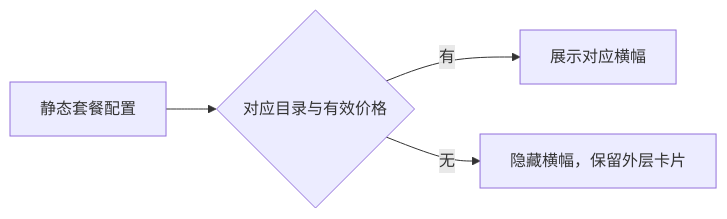
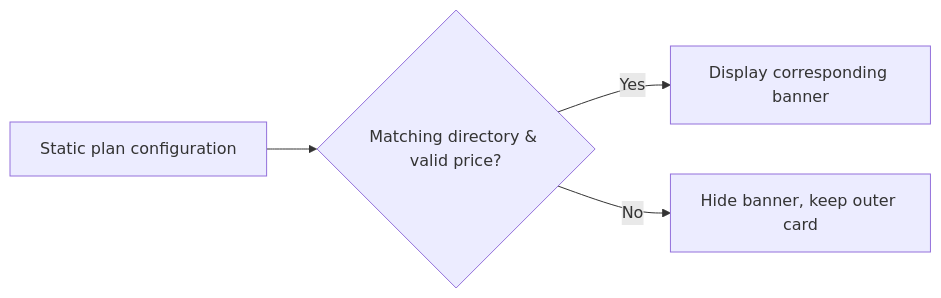
One commit to osben/ZCode changed the diagram in docs/coding-plan/static-product-banner-visibility.md. Above: the diagram before and after it, drawn with Mermaid. The commit also changed other lines of this file and 3 other files, not shown here.

Commit message:
fix(docs): update static product banner visibility and connection status semantics

````diff
--- a/docs/coding-plan/static-product-banner-visibility.md
+++ b/docs/coding-plan/static-product-banner-visibility.md
@@ -12,6 +12,6 @@
 ```mermaid
 flowchart LR
-  A[静态套餐配置] --> B{对应目录与有效价格}
-  B -->|有| C[展示对应横幅]
-  B -->|无| D[隐藏横幅，保留外层卡片]
+  A[Static plan configuration] --> B{Matching directory & valid price?}
+  B -->|Yes| C[Display corresponding banner]
+  B -->|No| D[Hide banner, keep outer card]
 ```
````
